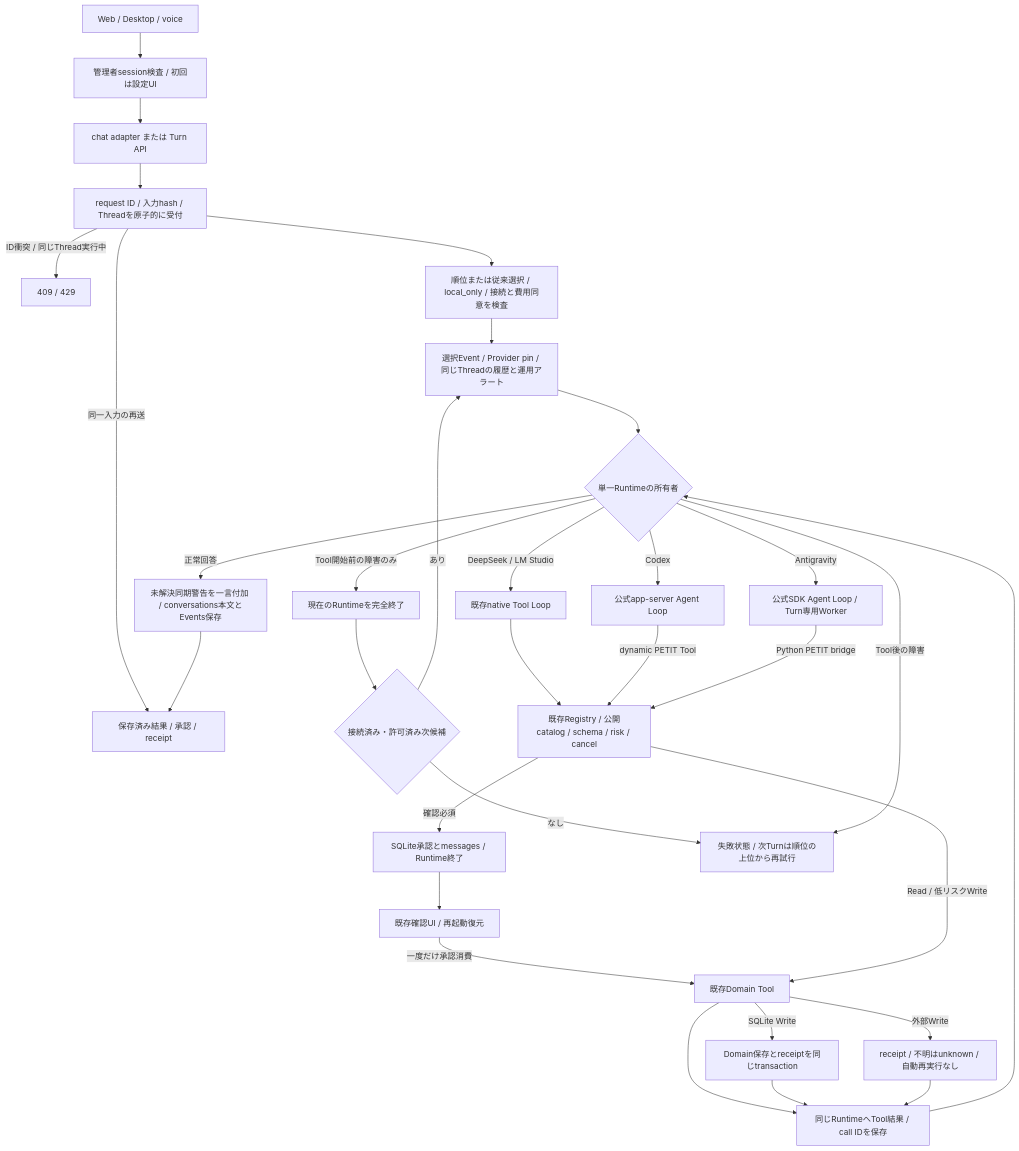
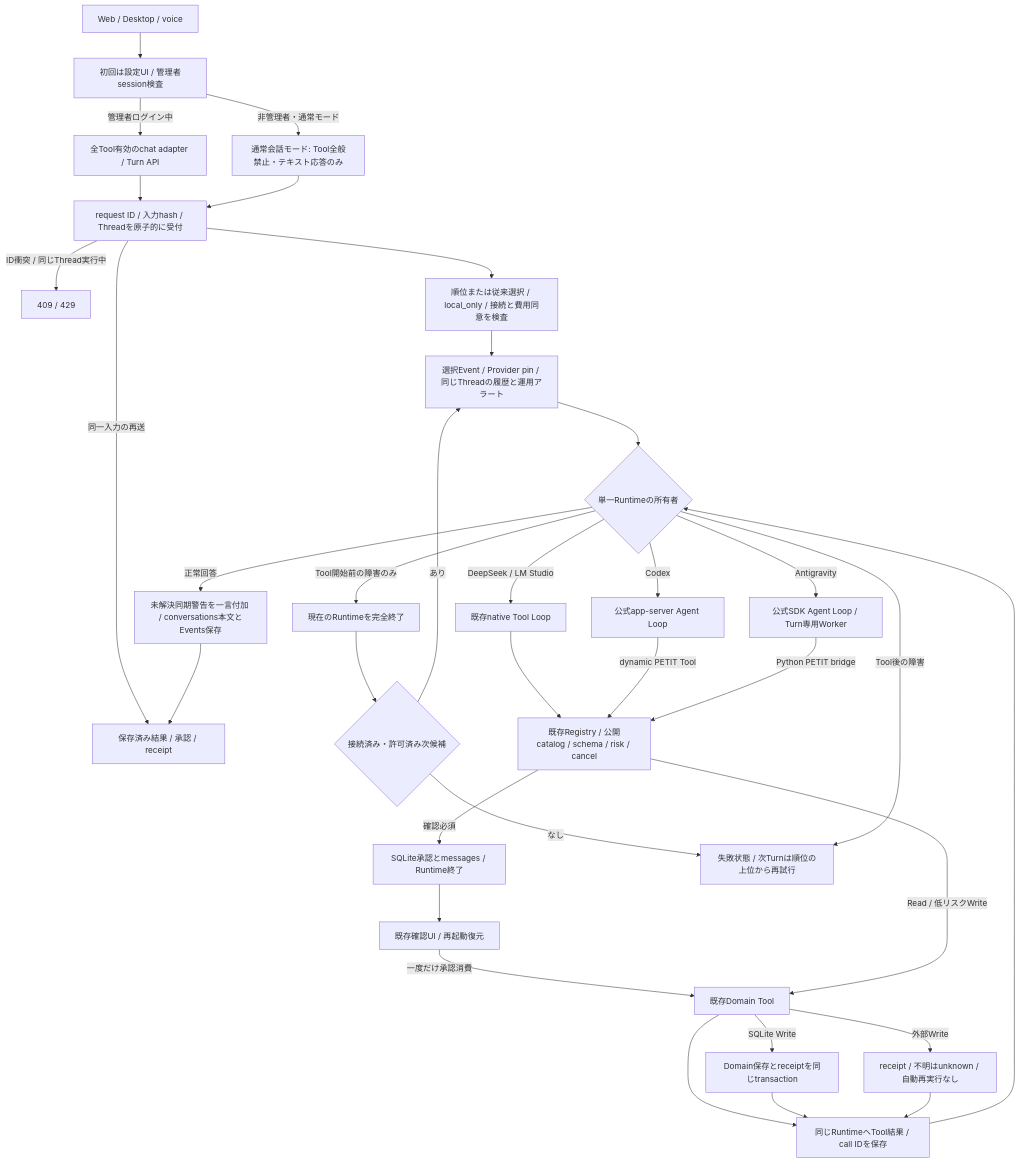
One commit to Soso2e/PETIT changed the fourth of 33 diagrams in docs/runtime-flows.md. Above: the diagram before and after it, drawn with Mermaid. The commit also changed 22 other files, not shown here.

````diff
--- a/docs/runtime-flows.md
+++ b/docs/runtime-flows.md
@@ -80,34 +80,36 @@
 ```mermaid
 flowchart TD
-    C[Web / Desktop / voice] --> Auth[管理者session検査 / 初回は設定UI]
-    Auth --> A[chat adapter または Turn API]
+    C[Web / Desktop / voice] --> Auth[初回は設定UI / 管理者session検査]
+    Auth -->|管理者ログイン中| A[全Tool有効のchat adapter / Turn API]
+    Auth -->|非管理者・通常モード| Safe[通常会話モード: Tool全般禁止・テキスト応答のみ]
     A --> L[request ID / 入力hash / Threadを原子的に受付]
+    Safe --> L
     L -->|同一入力の再送| R[保存済み結果 / 承認 / receipt]
     L -->|ID衝突 / 同じThread実行中| Conflict[409 / 429]
     L --> Select[順位または従来選択 / local_only / 接続と費用同意を検査]
     Select --> Pin[選択Event / Provider pin / 同じThreadの履歴と運用アラート]
     Pin --> Backend{単一Runtimeの所有者}
     Backend -->|DeepSeek / LM Studio| Native[既存native Tool Loop]
     Backend -->|Codex| Codex[公式app-server Agent Loop]
     Backend -->|Antigravity| SDK[公式SDK Agent Loop / Turn専用Worker]
     Native --> Gate[既存Registry / 公開catalog / schema / risk / cancel]
     Codex -->|dynamic PETIT Tool| Gate
     SDK -->|Python PETIT bridge| Gate
     Gate -->|確認必須| Approval[SQLite承認とmessages / Runtime終了]
     Approval --> UI[既存確認UI / 再起動復元]
     UI -->|一度だけ承認消費| Execute[既存Domain Tool]
     Gate -->|Read / 低リスクWrite| Execute
     Execute -->|SQLite Write| Receipt[Domain保存とreceiptを同じtransaction]
     Execute -->|外部Write| Unknown[receipt / 不明はunknown / 自動再実行なし]
     Execute --> Return[同じRuntimeへTool結果 / call IDを保存]
     Receipt --> Return
     Unknown --> Return
     Return --> Backend
     Backend -->|Tool開始前の障害のみ| Stop[現在のRuntimeを完全終了]
     Stop --> Next{接続済み・許可済み次候補}
     Next -->|あり| Pin
     Next -->|なし| Failed[失敗状態 / 次Turnは順位の上位から再試行]
     Backend -->|Tool後の障害| Failed
     Backend -->|正常回答| Save[未解決同期警告を一言付加 / conversations本文とEvents保存]
     Save --> R
 ```
````
